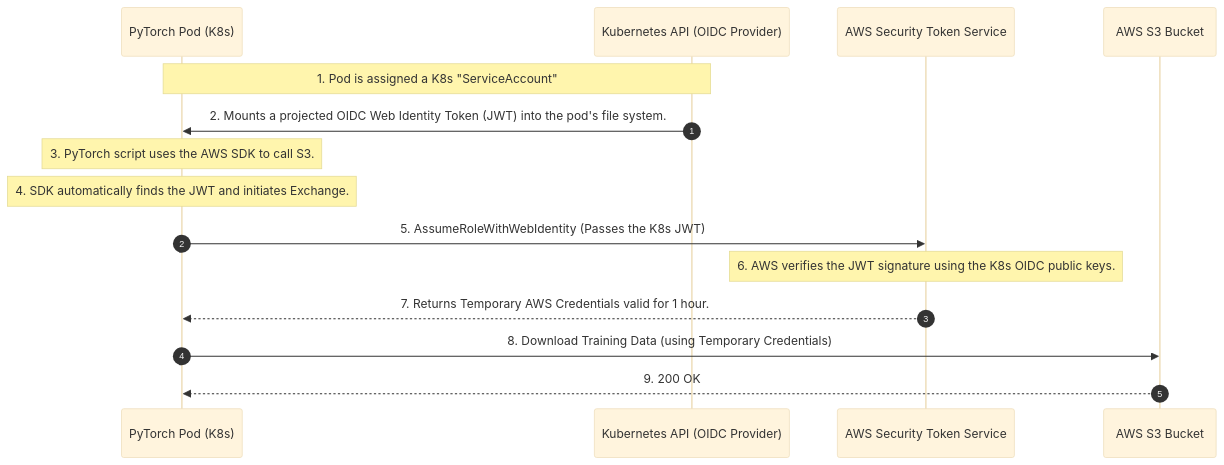
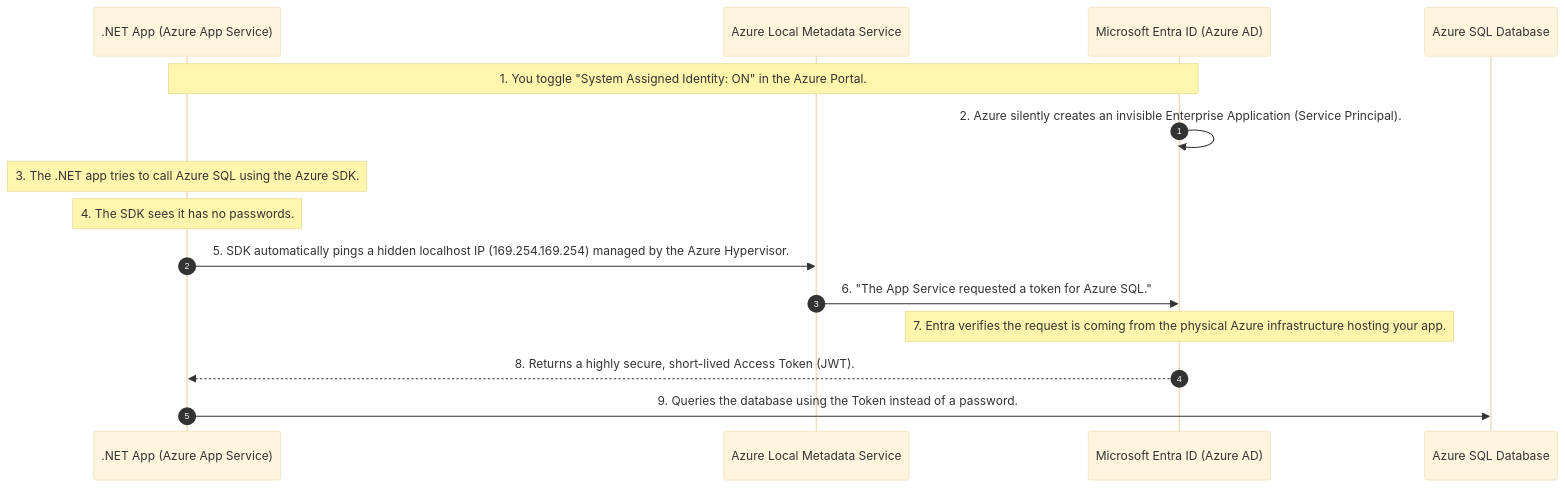
The third of 3 diagrams in Quiz/05_machine_to_machine_m2m_and_workload_identity.md (nirajp82/IdentityAccessManagement_IAM), drawn with Mermaid (base theme) before and after one commit. The commit also changed other lines of this file, not shown here.

````diff
--- a/Quiz/05_machine_to_machine_m2m_and_workload_identity.md
+++ b/Quiz/05_machine_to_machine_m2m_and_workload_identity.md
@@ -155,23 +310,23 @@
 ```mermaid
 sequenceDiagram
     autonumber
-    participant Pod as PyTorch Pod (K8s)
-    participant Kube as Kubernetes API (OIDC Provider)
-    participant AWS_STS as AWS Security Token Service
-    participant S3 as AWS S3 Bucket
+    participant App as .NET App (Azure App Service)
+    participant LocalHost as Azure Local Metadata Service
+    participant Entra as Microsoft Entra ID (Azure AD)
+    participant SQL as Azure SQL Database
 
-    Note over Pod,Kube: 1. Pod is assigned a K8s "ServiceAccount"
-    Kube->>Pod: 2. Mounts a projected OIDC Web Identity Token (JWT) into the pod's file system.
+    Note over App,Entra: 1. You toggle "System Assigned Identity: ON" in the Azure Portal.
+    Entra->>Entra: 2. Azure silently creates an invisible Enterprise Application (Service Principal).
     
-    Note over Pod: 3. PyTorch script uses the AWS SDK to call S3.
-    Note over Pod: 4. SDK automatically finds the JWT and initiates Exchange.
+    Note over App: 3. The .NET app tries to call Azure SQL using the Azure SDK.
+    Note over App: 4. The SDK sees it has no passwords.
     
-    Pod->>AWS_STS: 5. AssumeRoleWithWebIdentity (Passes the K8s JWT)
+    App->>LocalHost: 5. SDK automatically pings a hidden localhost IP (169.254.169.254) managed by the Azure Hypervisor.
+    LocalHost->>Entra: 6. "The App Service requested a token for Azure SQL."
     
-    Note over AWS_STS: 6. AWS verifies the JWT signature using the K8s OIDC public keys.
-    AWS_STS-->>Pod: 7. Returns Temporary AWS Credentials valid for 1 hour.
+    Note over Entra: 7. Entra verifies the request is coming from the physical Azure infrastructure hosting your app.
+    Entra-->>App: 8. Returns a highly secure, short-lived Access Token (JWT).
     
-    Pod->>S3: 8. Download Training Data (using Temporary Credentials)
-    S3-->>Pod: 9. 200 OK
+    App->>SQL: 9. Queries the database using the Token instead of a password.
 
 ```
````
